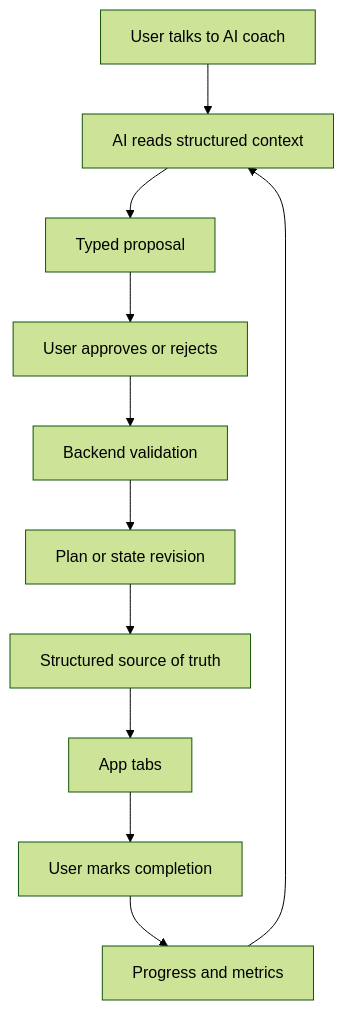
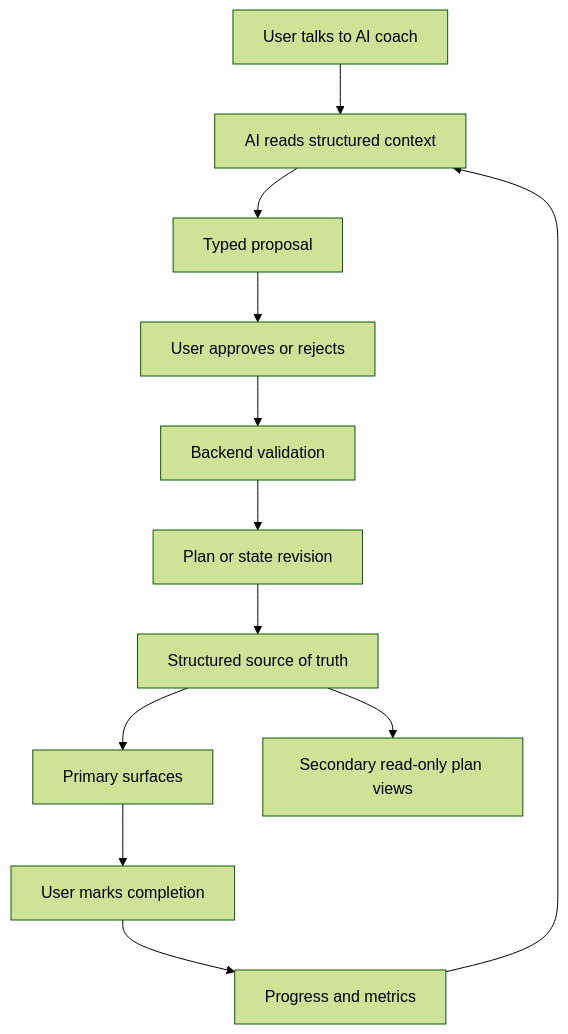
Before and after one commit to IldarRash/HealthTracer: the diagram in docs/product/feature-roadmap.md, drawn with Mermaid (forest theme). The commit also changed other lines of this file and 74 other files, not shown here.

````diff
--- a/docs/product/feature-roadmap.md
+++ b/docs/product/feature-roadmap.md
@@ -9,13 +9,14 @@
 ```mermaid
 flowchart TD
   userChat["User talks to AI coach"] --> aiCoach["AI reads structured context"]
   aiCoach --> proposal["Typed proposal"]
   proposal --> userDecision["User approves or rejects"]
   userDecision --> backendValidation["Backend validation"]
   backendValidation --> revision["Plan or state revision"]
   revision --> structuredState["Structured source of truth"]
-  structuredState --> appTabs["App tabs"]
-  appTabs --> completion["User marks completion"]
+  structuredState --> primarySurfaces["Primary surfaces"]
+  structuredState --> secondaryViews["Secondary read-only plan views"]
+  primarySurfaces --> completion["User marks completion"]
   completion --> progress["Progress and metrics"]
   progress --> aiCoach
 ```
````
